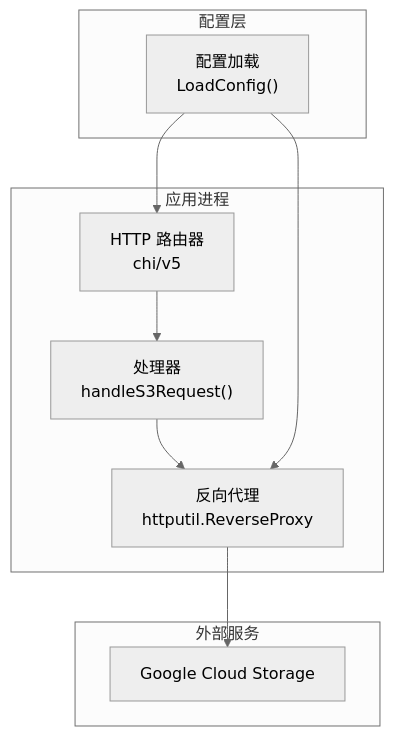
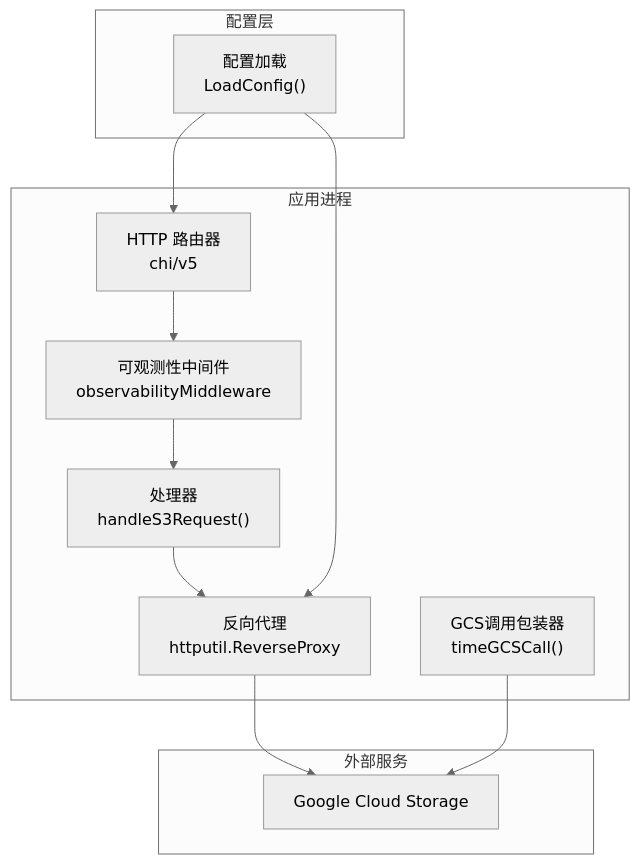
One commit to flying1574/S3Proxy4GCS changed the first of 5 diagrams in .qoder/repowiki/zh/content/核心功能/反向代理核心.md. Above: the diagram before and after it, drawn with Mermaid (neutral theme). The commit also changed other lines of this file and 5 other files, not shown here.

````diff
--- a/.qoder/repowiki/zh/content/核心功能/反向代理核心.md
+++ b/.qoder/repowiki/zh/content/核心功能/反向代理核心.md
@@ -38,19 +47,23 @@
 ```mermaid
 graph TB
 subgraph "应用进程"
 R["HTTP 路由器<br/>chi/v5"]
+OM["可观测性中间件<br/>observabilityMiddleware"]
 RP["反向代理<br/>httputil.ReverseProxy"]
 H["处理器<br/>handleS3Request()"]
+TC["GCS调用包装器<br/>timeGCSCall()"]
 end
 subgraph "配置层"
 CFG["配置加载<br/>LoadConfig()"]
 end
 subgraph "外部服务"
 GCS["Google Cloud Storage"]
 end
-R --> H
+R --> OM
+OM --> H
 H --> RP
 RP --> GCS
+TC --> GCS
 CFG --> R
 CFG --> RP
 ```
````
